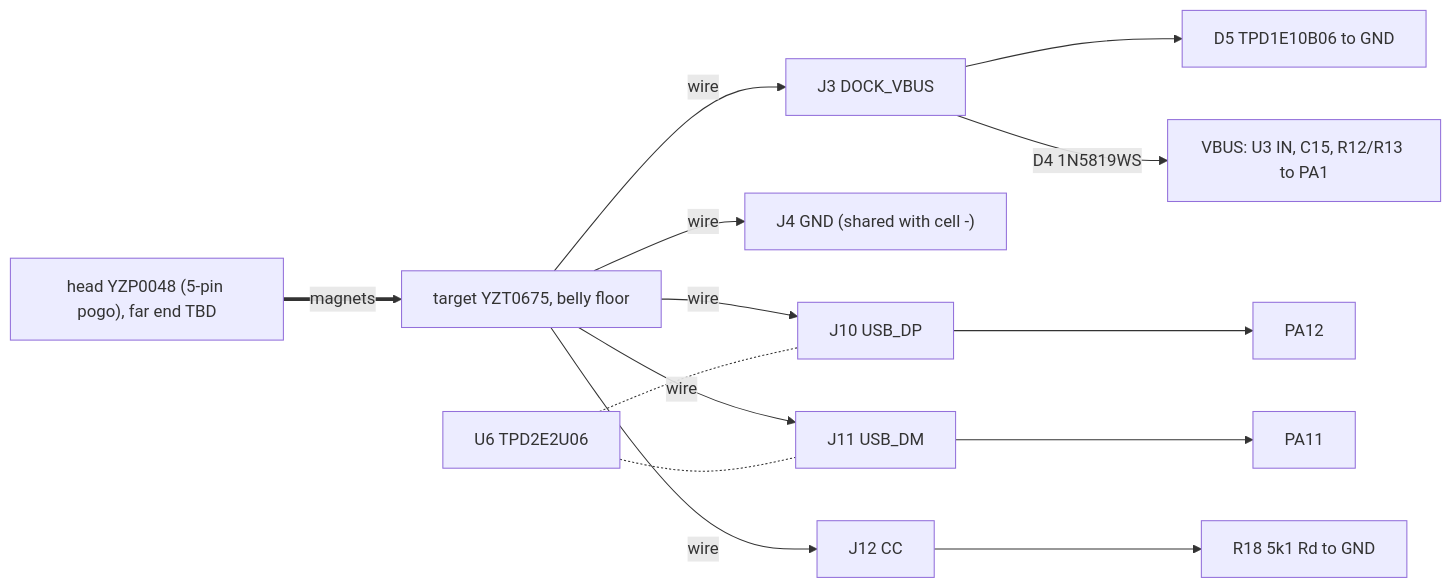
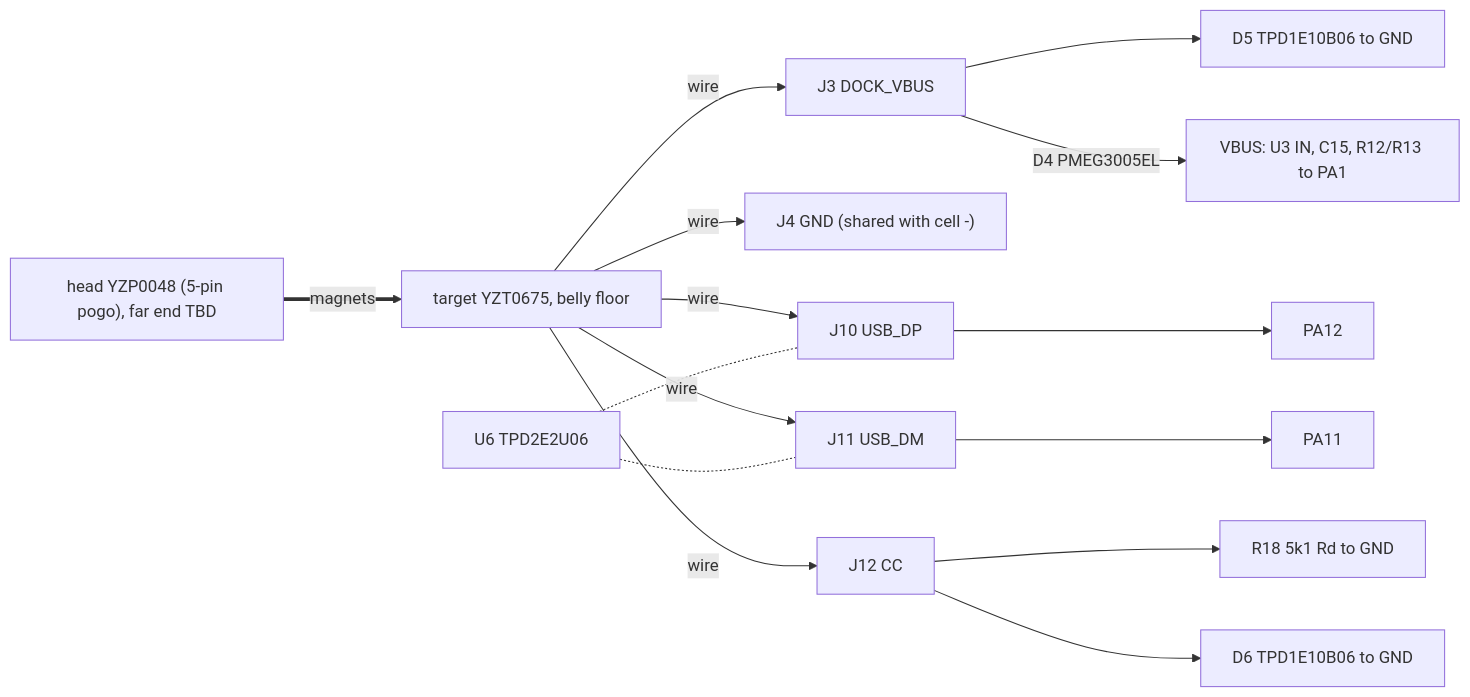
Before and after one commit to HrafnaValkyrja/ultrasonic: the diagram in docs/system/sub-dock-usb.md, drawn with Mermaid. The commit also changed other lines of this file and 2 other files, not shown here.

````diff
--- a/docs/system/sub-dock-usb.md
+++ b/docs/system/sub-dock-usb.md
@@ -14,12 +13,13 @@
 ```mermaid
 flowchart LR
   CABLE["head YZP0048 (5-pin pogo), far end TBD"] ==>|magnets| TGT["target YZT0675, belly floor"]
   TGT -->|wire| J3["J3 DOCK_VBUS"] --> D5["D5 TPD1E10B06 to GND"]
-  J3 -->|"D4 1N5819WS"| VBUS["VBUS: U3 IN, C15, R12/R13 to PA1"]
+  J3 -->|"D4 PMEG3005EL"| VBUS["VBUS: U3 IN, C15, R12/R13 to PA1"]
   TGT -->|wire| J4["J4 GND (shared with cell -)"]
   TGT -->|wire| J10["J10 USB_DP"] --> PA12
   TGT -->|wire| J11["J11 USB_DM"] --> PA11
   U6["U6 TPD2E2U06"] -.- J10
   U6 -.- J11
   TGT -->|wire| J12["J12 CC"] --> R18["R18 5k1 Rd to GND"]
+  J12 --> D6["D6 TPD1E10B06 to GND"]
 ```
````
